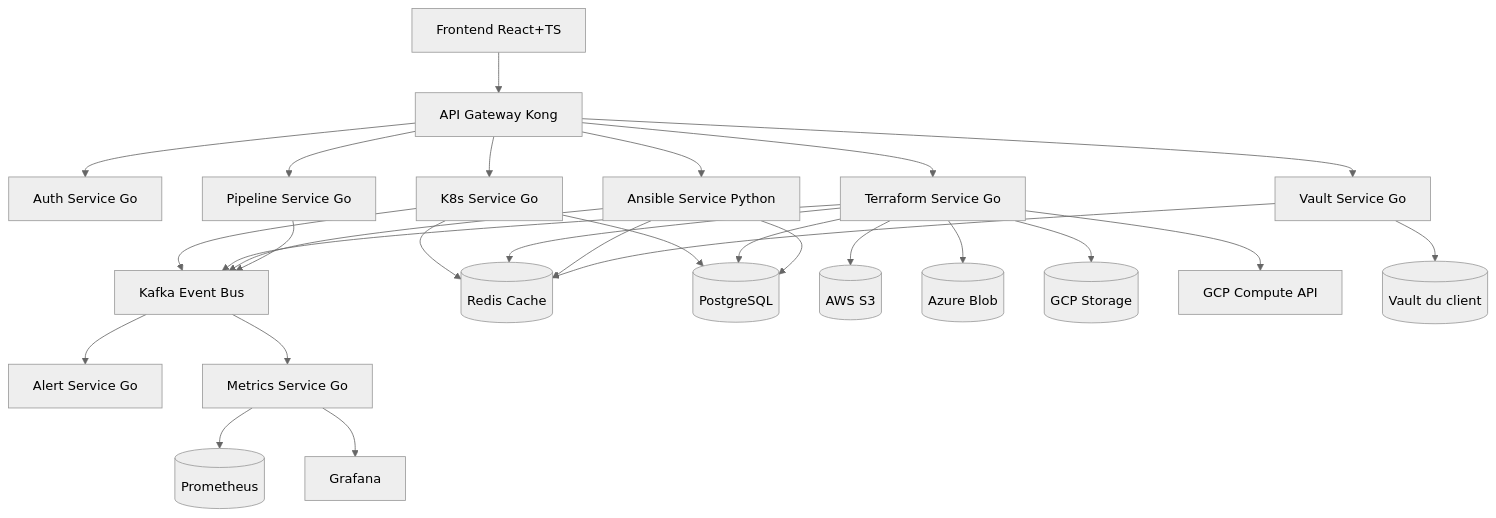
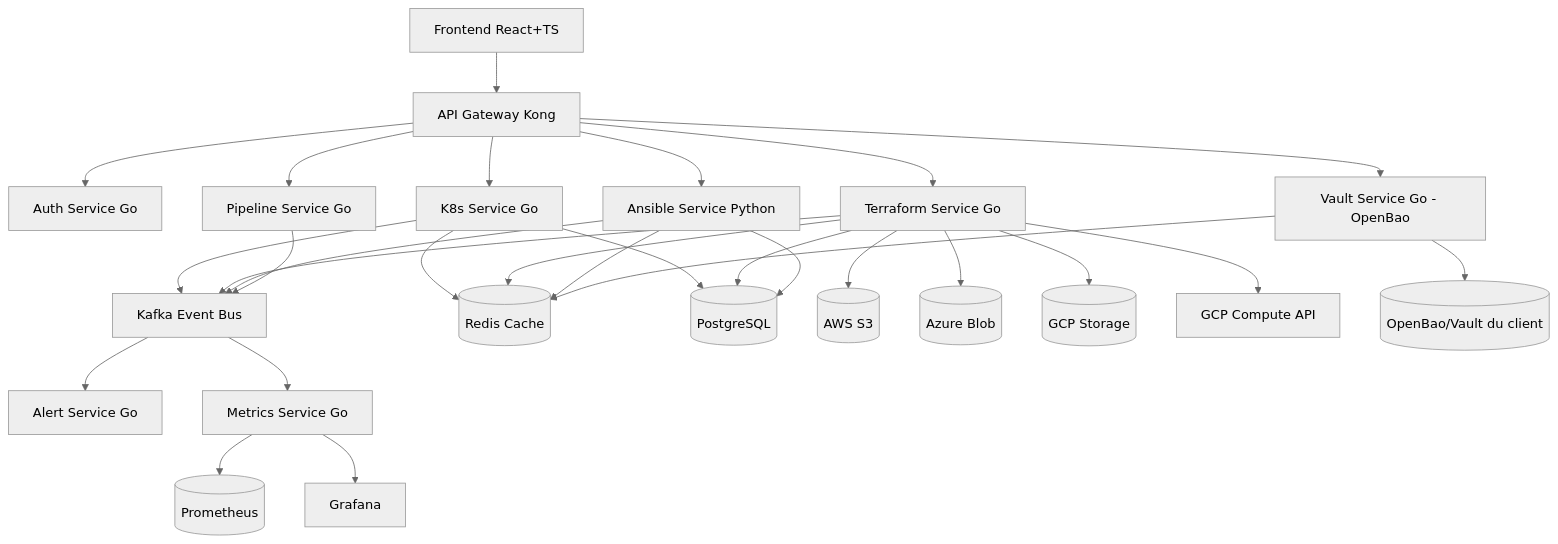
One commit to MPFabio/Kura changed the first of 3 diagrams in docs/architecture.md. Above: the diagram before and after it, drawn with Mermaid (neutral theme). The commit also changed 12 other files, not shown here.

First line of the commit message:
feat: migrer Vault vers OpenBao (backend + rebrand UI)

````diff
--- a/docs/architecture.md
+++ b/docs/architecture.md
@@ -56,38 +56,38 @@
 ```mermaid
 graph TB
     Frontend[Frontend React+TS] --> Gateway[API Gateway Kong]
     Gateway --> Auth[Auth Service Go]
     Gateway --> K8s[K8s Service Go]
     Gateway --> Terraform[Terraform Service Go]
     Gateway --> Ansible[Ansible Service Python]
     Gateway --> Pipeline[Pipeline Service Go]
-    Gateway --> Vault[Vault Service Go]
+    Gateway --> Vault[Vault Service Go - OpenBao]
     
     K8s --> Kafka[Kafka Event Bus]
     Terraform --> Kafka
     Ansible --> Kafka
     Pipeline --> Kafka
     
     Kafka --> Alert[Alert Service Go]
     Kafka --> Metrics[Metrics Service Go]
     
     K8s --> Redis[(Redis Cache)]
     Terraform --> Redis
     Ansible --> Redis
     Vault --> Redis
     
     K8s --> Postgres[(PostgreSQL)]
     Terraform --> Postgres
     Ansible --> Postgres
     
     Terraform --> S3[(AWS S3)]
     Terraform --> Azure[(Azure Blob)]
     Terraform --> GCP[(GCP Storage)]
     
     Terraform --> GCPAPI[GCP Compute API]
     
-    Vault --> ExtVault[(Vault du client)]
+    Vault --> ExtVault[(OpenBao/Vault du client)]
     
     Metrics --> Prometheus[(Prometheus)]
     Metrics --> Grafana[Grafana]
 ```
````
